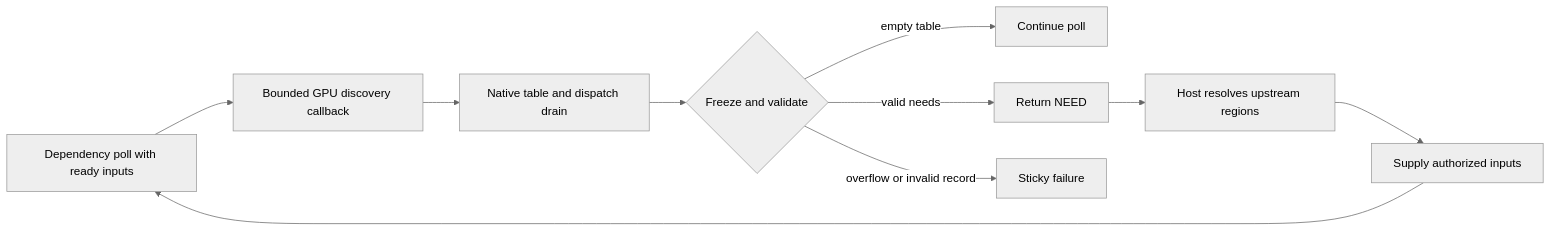
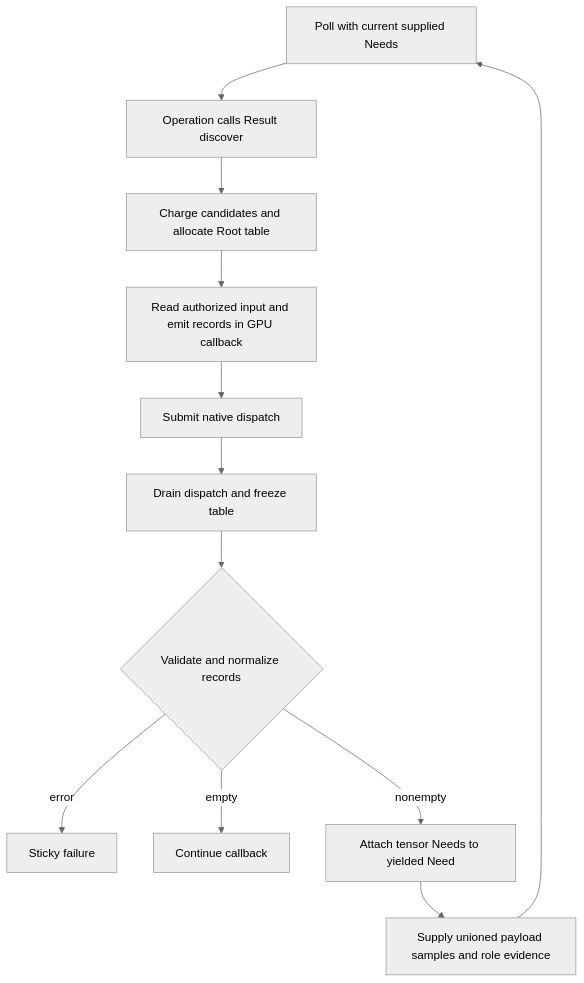
Before and after one commit to kevin-zf1123/photospider: the diagram in docs/kernel-architecture/GPU-Discovery.md, drawn with Mermaid (neutral theme). The commit also changed other lines of this file and 815 other files, not shown here.

````diff
--- a/docs/kernel-architecture/GPU-Discovery.md
+++ b/docs/kernel-architecture/GPU-Discovery.md
@@ -37,12 +57,14 @@
 ```mermaid
-flowchart LR
-    P[Dependency poll with ready inputs] --> D[Bounded GPU discovery callback]
-    D --> T[Native table and dispatch drain]
-    T --> V{Freeze and validate}
-    V -->|empty table| C[Continue poll]
-    V -->|valid needs| N[Return NEED]
-    V -->|overflow or invalid record| E[Sticky failure]
-    N --> R[Host resolves upstream regions]
-    R --> S[Supply authorized inputs]
+flowchart TD
+    P[Poll with current supplied Needs] --> D[Operation calls Result discover]
+    D --> A[Charge candidates and allocate Root table]
+    A --> G[Read authorized input and emit records in GPU callback]
+    G --> X[Submit native dispatch]
+    X --> F[Drain dispatch and freeze table]
+    F --> V{Validate and normalize records}
+    V -->|error| E[Sticky failure]
+    V -->|empty| C[Continue callback]
+    V -->|nonempty| N[Attach tensor Needs to yielded Need]
+    N --> S[Supply unioned payload samples and role evidence]
     S --> P
 ```
````
